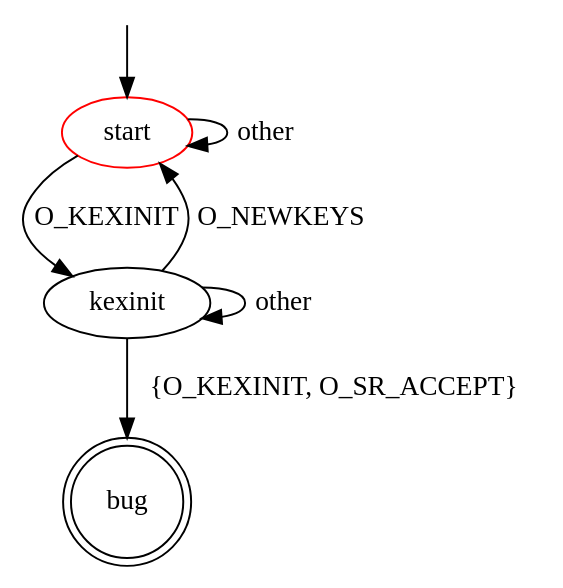
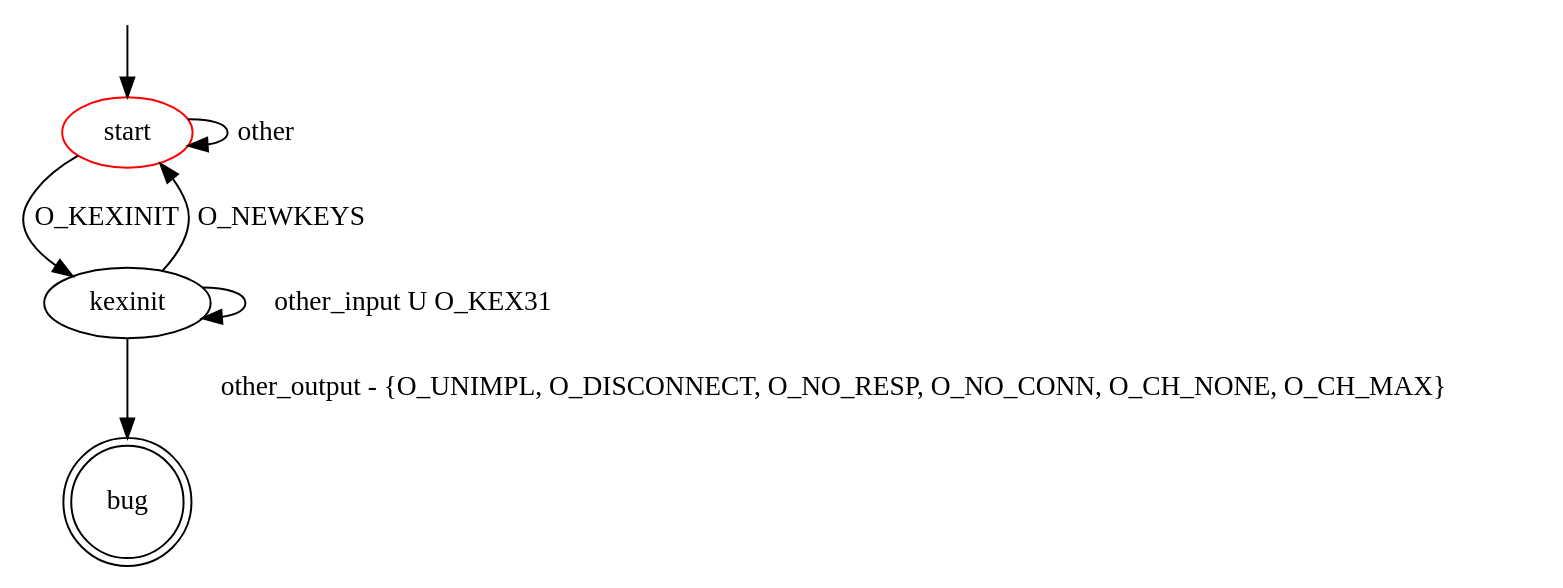
One commit to assist-project/state-machine-bug-finder changed the diagram in src/main/resources/patterns/ssh/delayed_newkeys.dot. Above: the diagram before and after it, drawn with Graphviz. The commit also changed 2 other files, not shown here.

Commit message:
Updated bug pattern and fixed a symbol issue with old models

```diff
--- a/src/main/resources/patterns/ssh/delayed_newkeys.dot
+++ b/src/main/resources/patterns/ssh/delayed_newkeys.dot
@@ -1,14 +1,14 @@
 digraph G {
 label=""
 start [color="red"]
 bug [shape="doublecircle"]
 
 start -> kexinit [label="O_KEXINIT"]
 start -> start [label="other"]
-kexinit -> bug [label="{O_KEXINIT, O_SR_ACCEPT}"]
+kexinit -> bug [label="other_output - {O_UNIMPL, O_DISCONNECT, O_NO_RESP, O_NO_CONN, O_CH_NONE, O_CH_MAX}"]
 kexinit -> start [label="O_NEWKEYS"]
-kexinit -> kexinit [label="other"]
+kexinit -> kexinit [label="other_input U O_KEX31"]
 
 __start0 [label="" shape="none" width="0" height="0"];
 __start0 -> start;
 }
```
